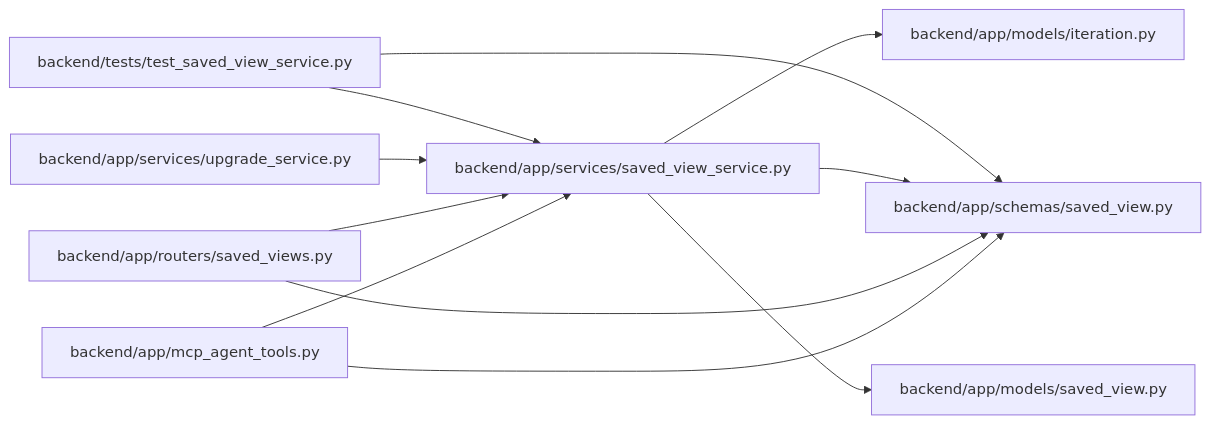
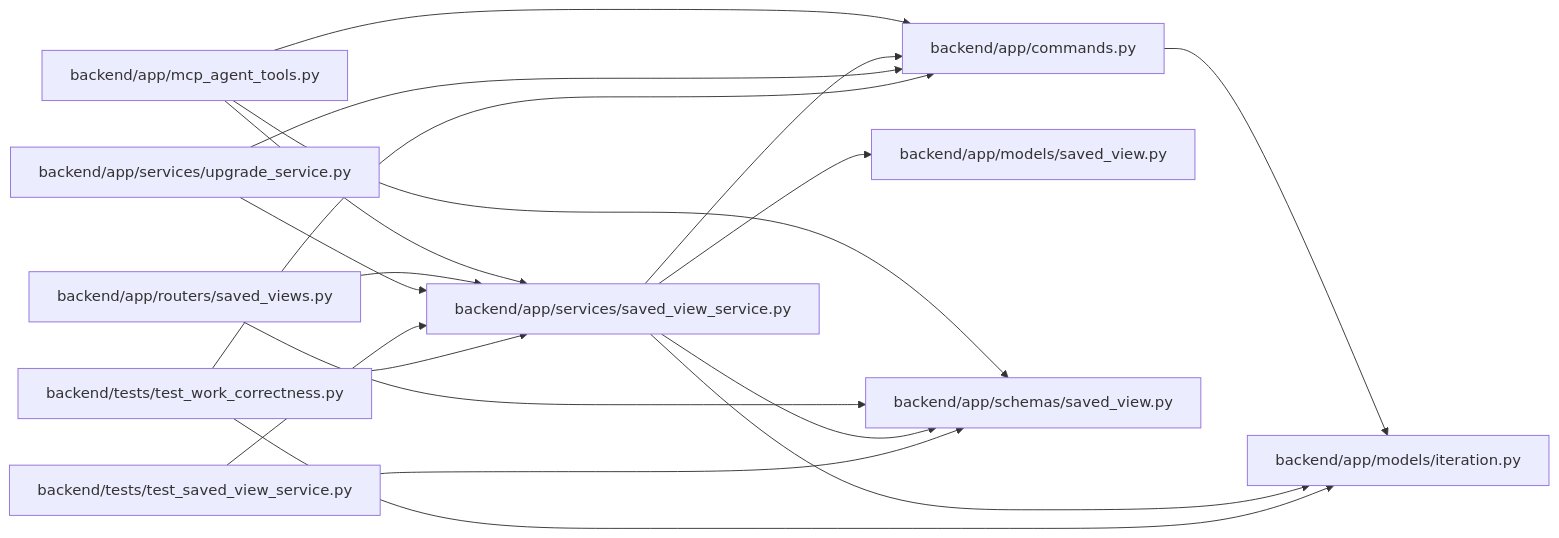
Before and after one commit to Denissvgn/WorkChord: the diagram in docs/llm_wiki/modules/saved_view_service.md, drawn with Mermaid. The commit also changed other lines of this file and 958 other files, not shown here.

First line of the commit message:
docs(wiki): refresh identity and recovery architecture

````diff
--- a/docs/llm_wiki/modules/saved_view_service.md
+++ b/docs/llm_wiki/modules/saved_view_service.md
@@ -25,29 +28,40 @@
 ```mermaid
 flowchart LR
-    n0["backend/app/mcp_agent_tools.py"]
-    n1["backend/app/models/iteration.py"]
-    n2["backend/app/models/saved_view.py"]
-    n3["backend/app/routers/saved_views.py"]
-    n4["backend/app/schemas/saved_view.py"]
-    n5["backend/app/services/saved_view_service.py"]
-    n6["backend/app/services/upgrade_service.py"]
-    n7["backend/tests/test_saved_view_service.py"]
-    n0 --> n4
-    n0 --> n5
-    n3 --> n4
-    n3 --> n5
-    n5 --> n1
-    n5 --> n2
-    n5 --> n4
+    n0["backend/app/commands.py"]
+    n1["backend/app/mcp_agent_tools.py"]
+    n2["backend/app/models/iteration.py"]
+    n3["backend/app/models/saved_view.py"]
+    n4["backend/app/routers/saved_views.py"]
+    n5["backend/app/schemas/saved_view.py"]
+    n6["backend/app/services/saved_view_service.py"]
+    n7["backend/app/services/upgrade_service.py"]
+    n8["backend/tests/test_saved_view_service.py"]
+    n9["backend/tests/test_work_correctness.py"]
+    n0 --> n2
+    n1 --> n0
+    n1 --> n5
+    n1 --> n6
+    n4 --> n5
+    n4 --> n6
+    n6 --> n0
+    n6 --> n2
+    n6 --> n3
     n6 --> n5
-    n7 --> n4
-    n7 --> n5
-    click n0 "../modules/mcp_agent_tools.md"
-    click n1 "../modules/models_iteration.md"
-    click n2 "../modules/models_saved_view.md"
-    click n3 "../modules/saved_views.md"
-    click n4 "../modules/schemas_saved_view.md"
-    click n5 "../modules/saved_view_service.md"
-    click n6 "../modules/upgrade_service.md"
-    click n7 "../modules/test_saved_view_service.md"
+    n7 --> n0
+    n7 --> n6
+    n8 --> n5
+    n8 --> n6
+    n9 --> n0
+    n9 --> n2
+    n9 --> n6
+    click n0 "../modules/commands.md"
+    click n1 "../modules/mcp_agent_tools.md"
+    click n2 "../modules/models_iteration.md"
+    click n3 "../modules/models_saved_view.md"
+    click n4 "../modules/saved_views.md"
+    click n5 "../modules/schemas_saved_view.md"
+    click n6 "../modules/saved_view_service.md"
+    click n7 "../modules/upgrade_service.md"
+    click n8 "../modules/test_saved_view_service.md"
+    click n9 "../modules/test_work_correctness.md"
 ```
````
